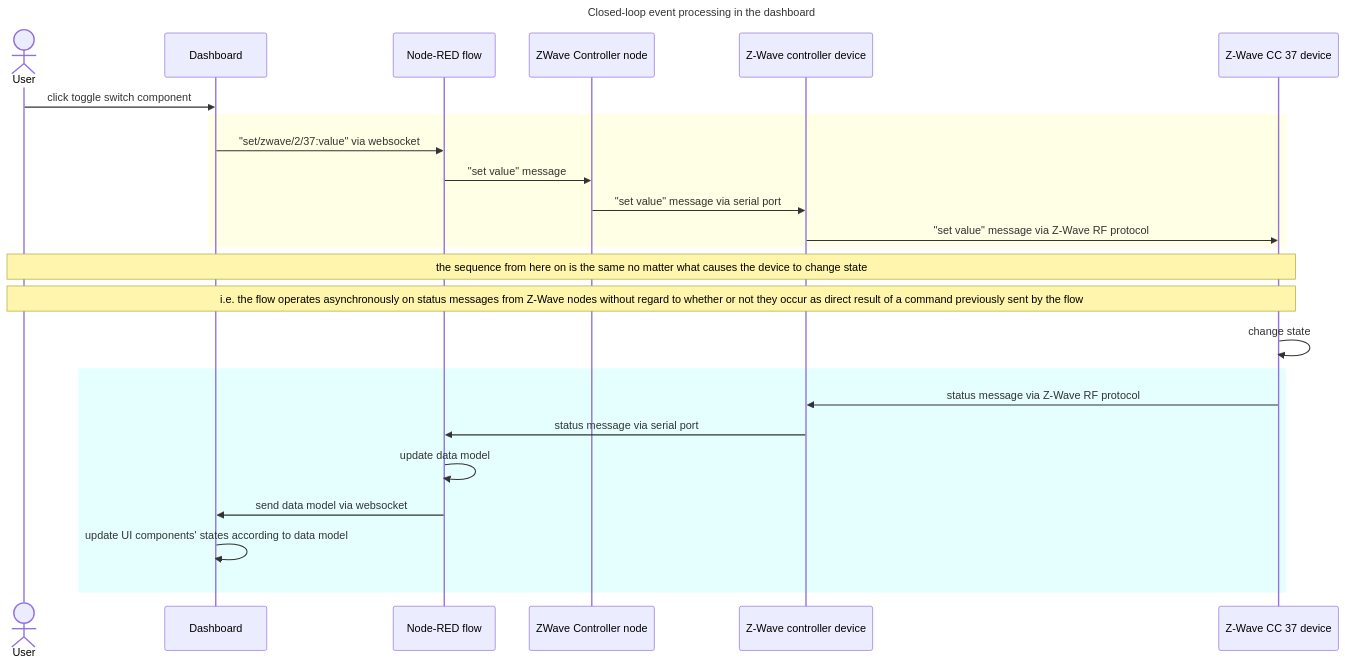
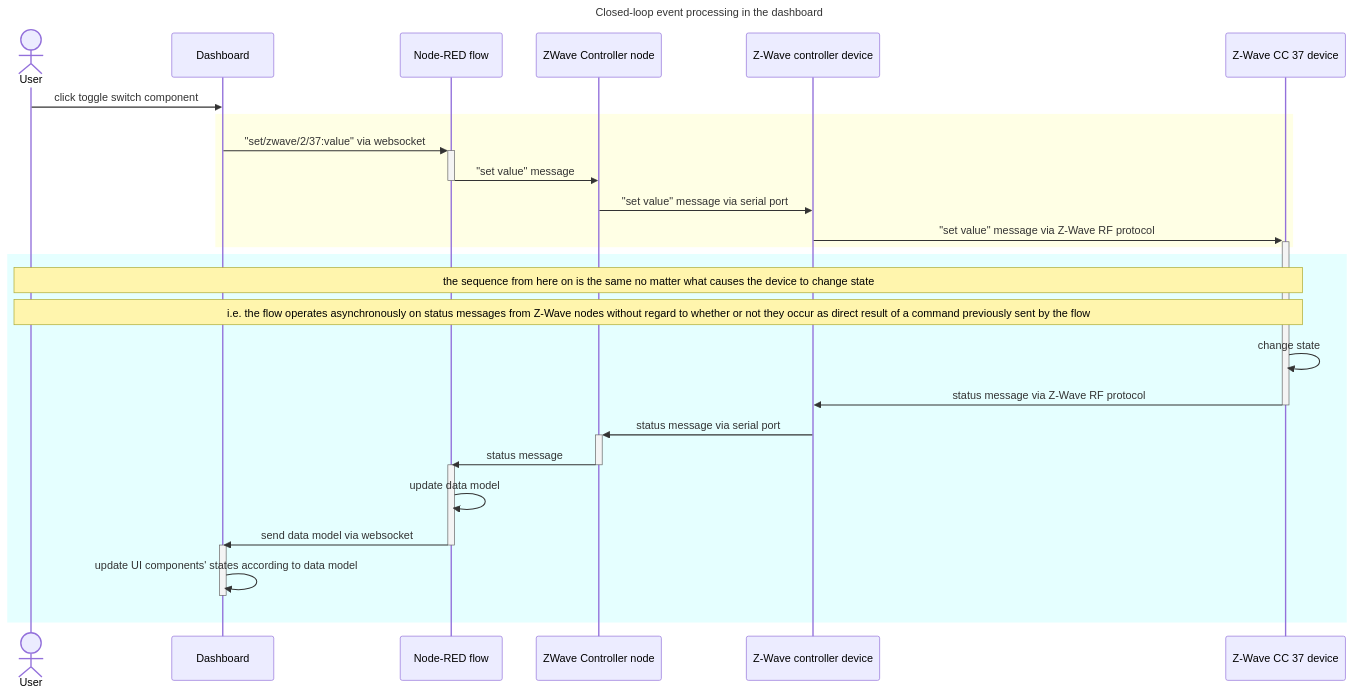
One commit to parasaurolophus/node-red-zwave-js-example changed the second of 3 diagrams in README.md. Above: the diagram before and after it, drawn with Mermaid. The commit also changed other lines of this file and 3 other files, not shown here.

````diff
--- a/README.md
+++ b/README.md
@@ -296,35 +305,40 @@
 ```mermaid
 ---
 title: Closed-loop event processing in the dashboard
 ---
 sequenceDiagram
 
   actor user as User
   participant dashboard as Dashboard
   participant flow as Node-RED flow
   participant controllernode as ZWave Controller node
   participant dongle as Z-Wave controller device
   participant device as Z-Wave CC 37 device
 
   user ->> dashboard: click toggle switch component
 
   rect rgba(255, 255, 0, 0.1)
-    dashboard ->> flow: "set/zwave/2/37:value" via websocket
-    flow ->> controllernode: "set value" message
+    dashboard ->>+ flow: "set/zwave/2/37:value" via websocket
+    flow ->>- controllernode: "set value" message
     controllernode ->> dongle: "set value" message via serial port
-    dongle ->> device: "set value" message via Z-Wave RF protocol
+    dongle ->>+ device: "set value" message via Z-Wave RF protocol
   end
 
-  note over user, device: the sequence from here on is the same no matter what causes the device to change state
-  note over user, device: i.e. the flow operates asynchronously on status messages from Z-Wave nodes without regard to whether or not they occur as direct result of a command previously sent by the flow
+  rect rgba(0, 255, 255, 0.1)
 
-  device ->> device: change state
+    note over user, device: the sequence from here on is the same no matter what causes the device to change state
+    note over user, device: i.e. the flow operates asynchronously on status messages from Z-Wave nodes without regard to whether or not they occur as direct result of a command previously sent by the flow
 
-  rect rgba(0, 255, 255, 0.1)
-    device ->> dongle: status message via Z-Wave RF protocol
-    dongle ->> flow: status message via serial port
+    device ->> device: change state
+    device ->>- dongle: status message via Z-Wave RF protocol
+    dongle ->>+ controllernode: status message via serial port
+    controllernode ->>- flow: status message
+    activate flow
     flow ->> flow: update data model
     flow ->> dashboard: send data model via websocket
+    deactivate flow
+    activate dashboard
     dashboard ->> dashboard: update UI components' states according to data model
+    deactivate dashboard
   end
 ```
````
